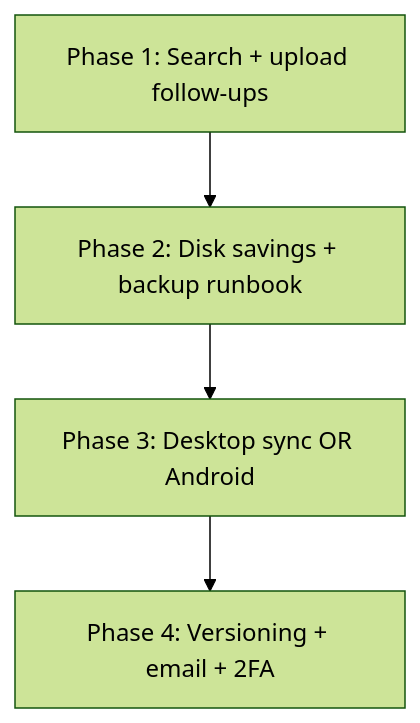
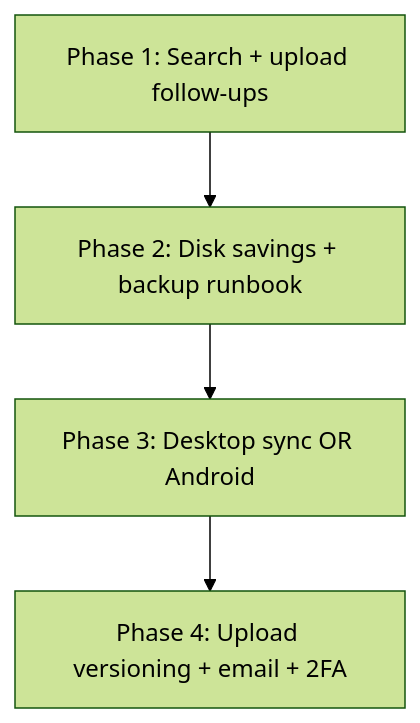
Before and after one commit to AsP3X/ownly: the diagram in docs/improvement-roadmap.md, drawn with Mermaid (forest theme). The commit also changed other lines of this file and 20 other files, not shown here.

````diff
--- a/docs/improvement-roadmap.md
+++ b/docs/improvement-roadmap.md
@@ -482,6 +474,6 @@
 ```mermaid
 flowchart TD
     A["Phase 1: Search + upload follow-ups"] --> B["Phase 2: Disk savings + backup runbook"]
     B --> C["Phase 3: Desktop sync OR Android"]
-    C --> D["Phase 4: Versioning + email + 2FA"]
+    C --> D["Phase 4: Upload versioning + email + 2FA"]
 ```
````
